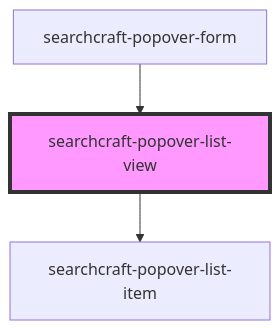
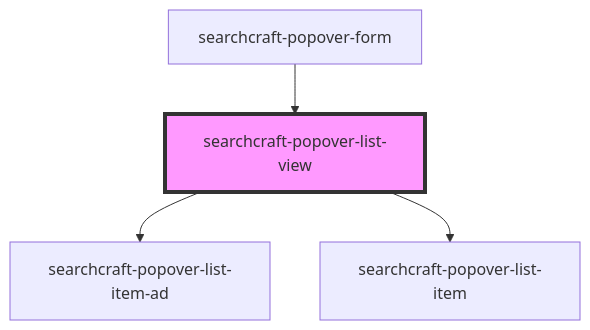
Before and after one commit to searchcraft-inc/searchcraft-javascript-sdks: the diagram in packages/javascript-sdk/src/components/searchcraft-popover-list-view/readme.md, drawn with Mermaid. The commit also changed other lines of this file and 82 other files, not shown here.

````diff
--- a/packages/javascript-sdk/src/components/searchcraft-popover-list-view/readme.md
+++ b/packages/javascript-sdk/src/components/searchcraft-popover-list-view/readme.md
@@ -38,6 +40,7 @@
 ```mermaid
 graph TD;
+  searchcraft-popover-list-view --> searchcraft-popover-list-item-ad
   searchcraft-popover-list-view --> searchcraft-popover-list-item
   searchcraft-popover-form --> searchcraft-popover-list-view
   style searchcraft-popover-list-view fill:#f9f,stroke:#333,stroke-width:4px
 ```
````
